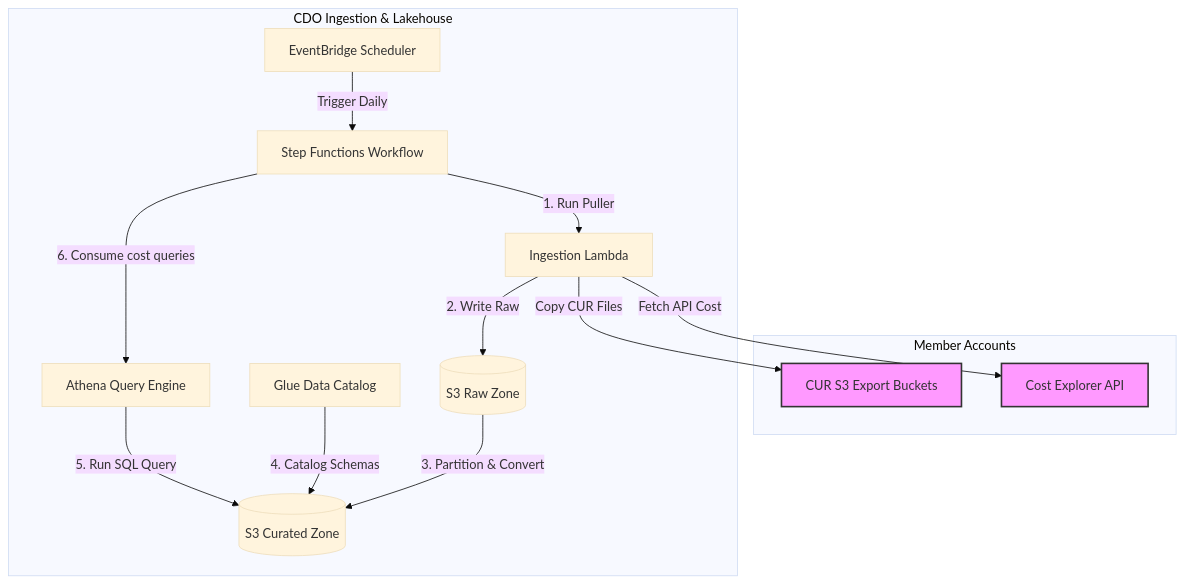
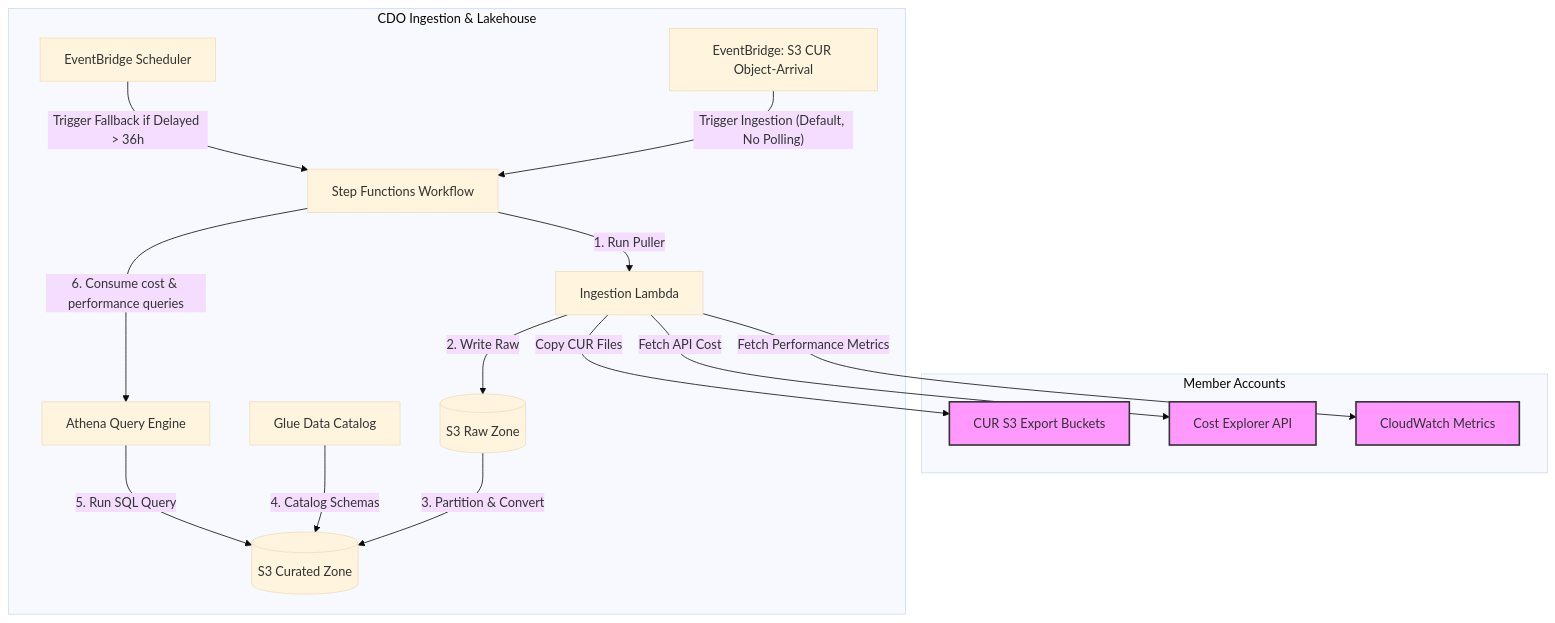
Before and after one commit to hungxqt/tf2-finops-iac: the third of 6 diagrams in docs/tf2-finops/02_infra_design.md, drawn with Mermaid (base theme). The commit also changed other lines of this file and 65 other files, not shown here.

````diff
--- a/docs/tf2-finops/02_infra_design.md
+++ b/docs/tf2-finops/02_infra_design.md
@@ -149,24 +143,27 @@
 ```mermaid
 graph TB
     subgraph "Member Accounts"
         CUR[CUR S3 Export Buckets]
         CE[Cost Explorer API]
+        CW[CloudWatch Metrics]
     end
 
     subgraph "CDO Ingestion & Lakehouse"
-        Scheduler[EventBridge Scheduler] -->|Trigger Daily| SF[Step Functions Workflow]
+        S3CURArrival[EventBridge: S3 CUR Object-Arrival] -->|"Trigger Ingestion (Default, No Polling)"| SF[Step Functions Workflow]
+        Scheduler[EventBridge Scheduler] -->|Trigger Fallback if Delayed > 36h| SF
         SF -->|1. Run Puller| Puller[Ingestion Lambda]
         Puller -->|Fetch API Cost| CE
         Puller -->|Copy CUR Files| CUR
-        Puller -->|2. Write Raw| RawS3[(S3 Raw Zone)]
+        Puller -->|Fetch Performance Metrics| CW
+        Puller -->|2. Write Raw| RawS3[("S3 Raw Zone")]
         
-        RawS3 -->|3. Partition & Convert| CuratedS3[(S3 Curated Zone)]
+        RawS3 -->|3. Partition & Convert| CuratedS3[("S3 Curated Zone")]
         Catalog[Glue Data Catalog] -->|4. Catalog Schemas| CuratedS3
         Athena[Athena Query Engine] -->|5. Run SQL Query| CuratedS3
         
-        SF -->|6. Consume cost queries| Athena
+        SF -->|6. Consume cost & performance queries| Athena
     end
     
     classDef external fill:#f9f,stroke:#333,stroke-width:2px;
-    class CUR,CE external;
+    class CUR,CE,CW external;
 ```
````
